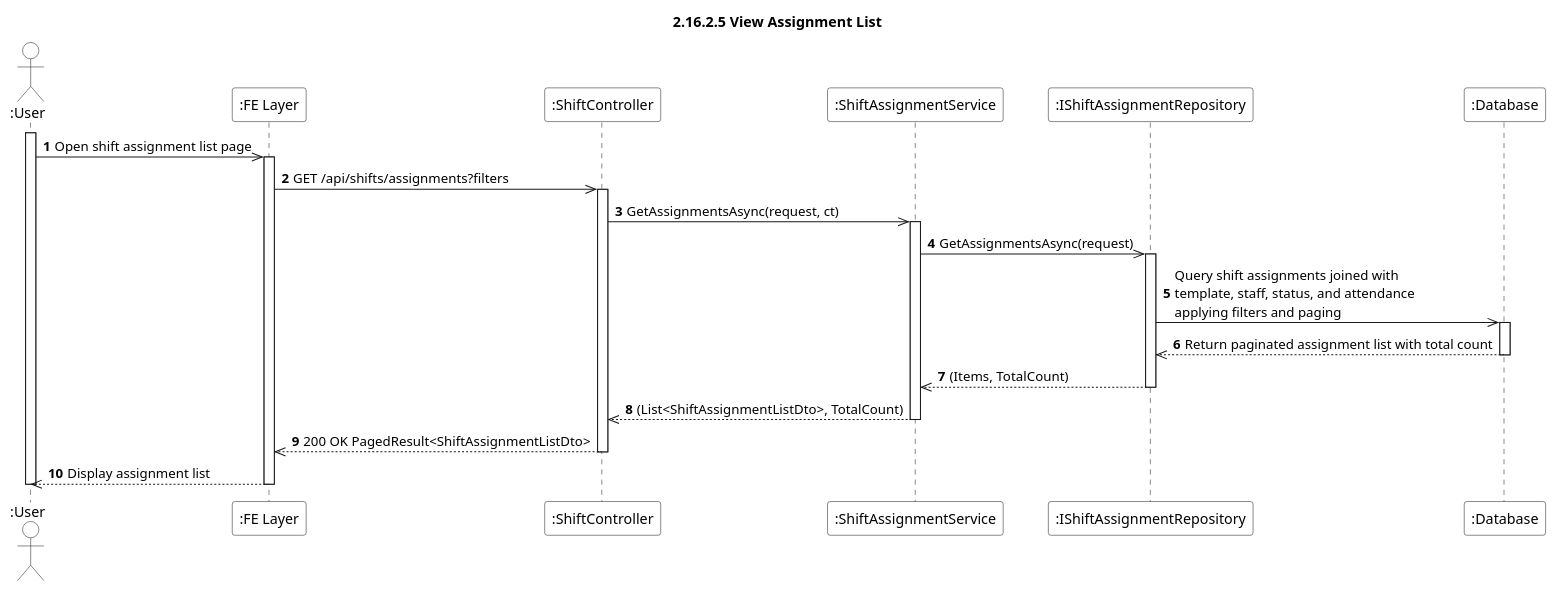
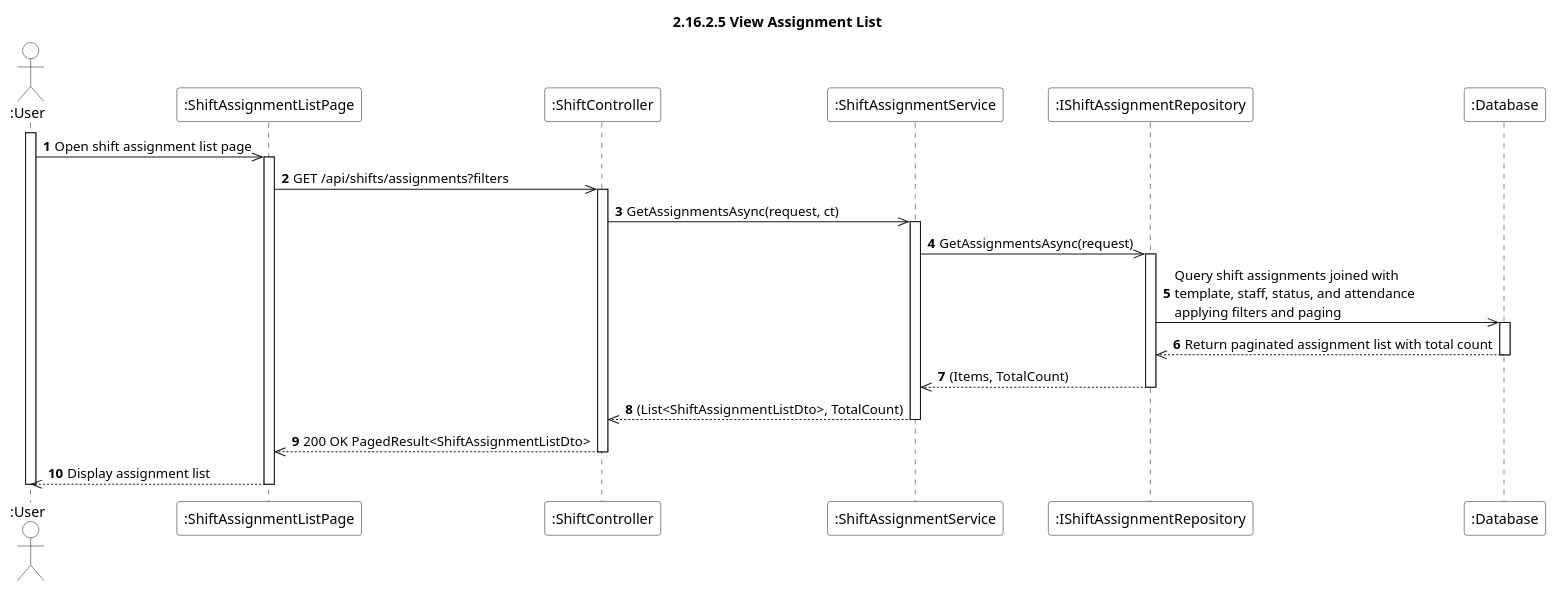
Before and after one commit to aulacvietnameseeatery-source/aulac_be: the diagram in Docs/Software Design Specification/Shift Management/sequence-diagrams/2.16.2.5-view-assignment-list.puml, drawn with PlantUML. The commit also changed 27 other files, not shown here.

First line of the commit message:
Refactor sequence diagrams for Inventory and Shift Management

```diff
--- a/Docs/Software Design Specification/Shift Management/sequence-diagrams/2.16.2.5-view-assignment-list.puml
+++ b/Docs/Software Design Specification/Shift Management/sequence-diagrams/2.16.2.5-view-assignment-list.puml
@@ -1,41 +1,41 @@
 @startuml
 autonumber
 title 2.16.2.5 View Assignment List
 skinparam sequence {
     ParticipantBackgroundColor #ffffff
     ActorBackgroundColor #ffffff
 }
 
 actor ":User" as U
-participant ":FE Layer" as Client
+participant ":ShiftAssignmentListPage" as Client
 participant ":ShiftController" as Ctrl
 participant ":ShiftAssignmentService" as Svc
 participant ":IShiftAssignmentRepository" as ARepo
 participant ":Database" as DB
 
 activate U
 U ->> Client : Open shift assignment list page
 activate Client
 Client ->> Ctrl : GET /api/shifts/assignments?filters
 activate Ctrl
 Ctrl ->> Svc : GetAssignmentsAsync(request, ct)
 activate Svc
 
 Svc ->> ARepo : GetAssignmentsAsync(request)
 activate ARepo
 ARepo ->> DB : Query shift assignments joined with\ntemplate, staff, status, and attendance\napplying filters and paging
 activate DB
 DB -->> ARepo : Return paginated assignment list with total count
 deactivate DB
 ARepo -->> Svc : (Items, TotalCount)
 deactivate ARepo
 
 Svc -->> Ctrl : (List<ShiftAssignmentListDto>, TotalCount)
 deactivate Svc
 Ctrl -->> Client : 200 OK PagedResult<ShiftAssignmentListDto>
 deactivate Ctrl
 Client -->> U : Display assignment list
 deactivate Client
 deactivate U
 
 @enduml
```
